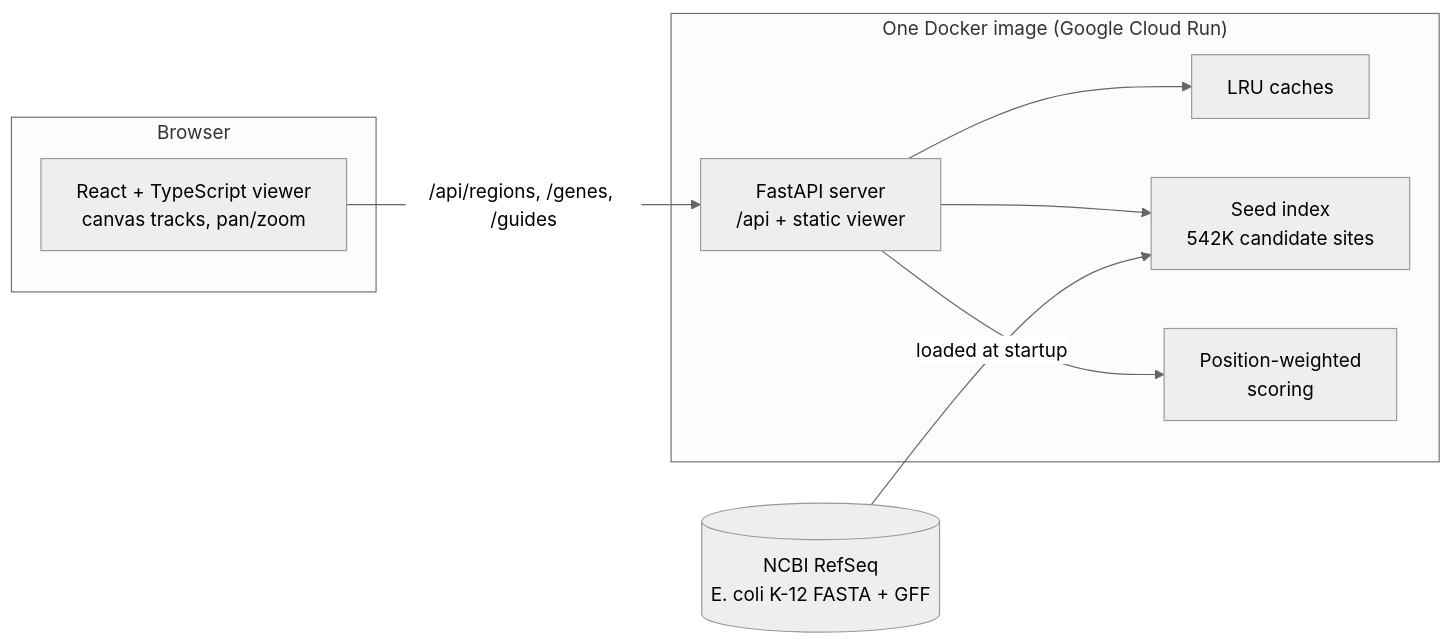
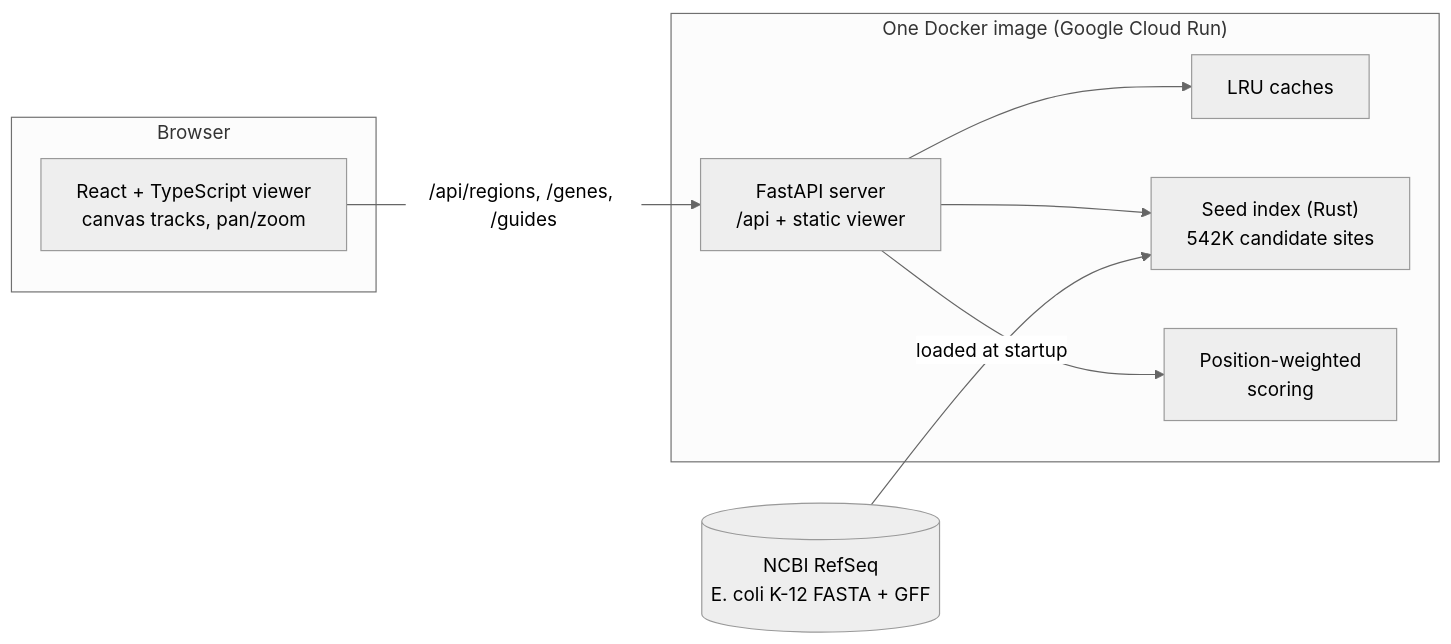
Before and after one commit to elsieok/GUIDR: the diagram in README.md, drawn with Mermaid (neutral theme). The commit also changed other lines of this file and 12 other files, not shown here.

````diff
--- a/README.md
+++ b/README.md
@@ -19,18 +19,18 @@
 ```mermaid
 flowchart LR
   subgraph Browser
     V["React + TypeScript viewer<br/>canvas tracks, pan/zoom"]
   end
   subgraph Container["One Docker image (Google Cloud Run)"]
     S["FastAPI server<br/>/api + static viewer"]
     C["LRU caches"]
-    I["Seed index<br/>542K candidate sites"]
+    I["Seed index (Rust)<br/>542K candidate sites"]
     SC["Position-weighted<br/>scoring"]
   end
   D[("NCBI RefSeq<br/>E. coli K-12 FASTA + GFF")]
   V -- "/api/regions, /genes, /guides" --> S
   S --> C
   S --> I
   S --> SC
   D -- "loaded at startup" --> I
 ```
````
